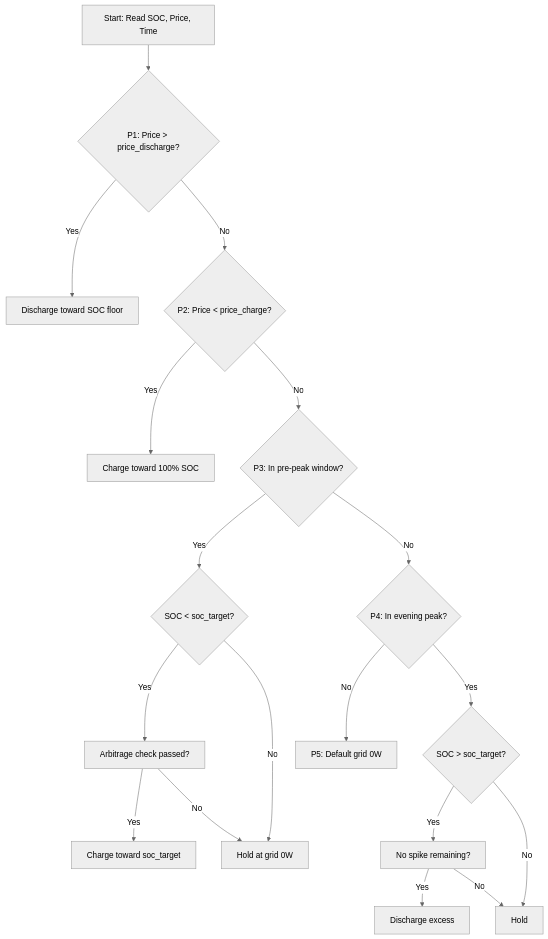
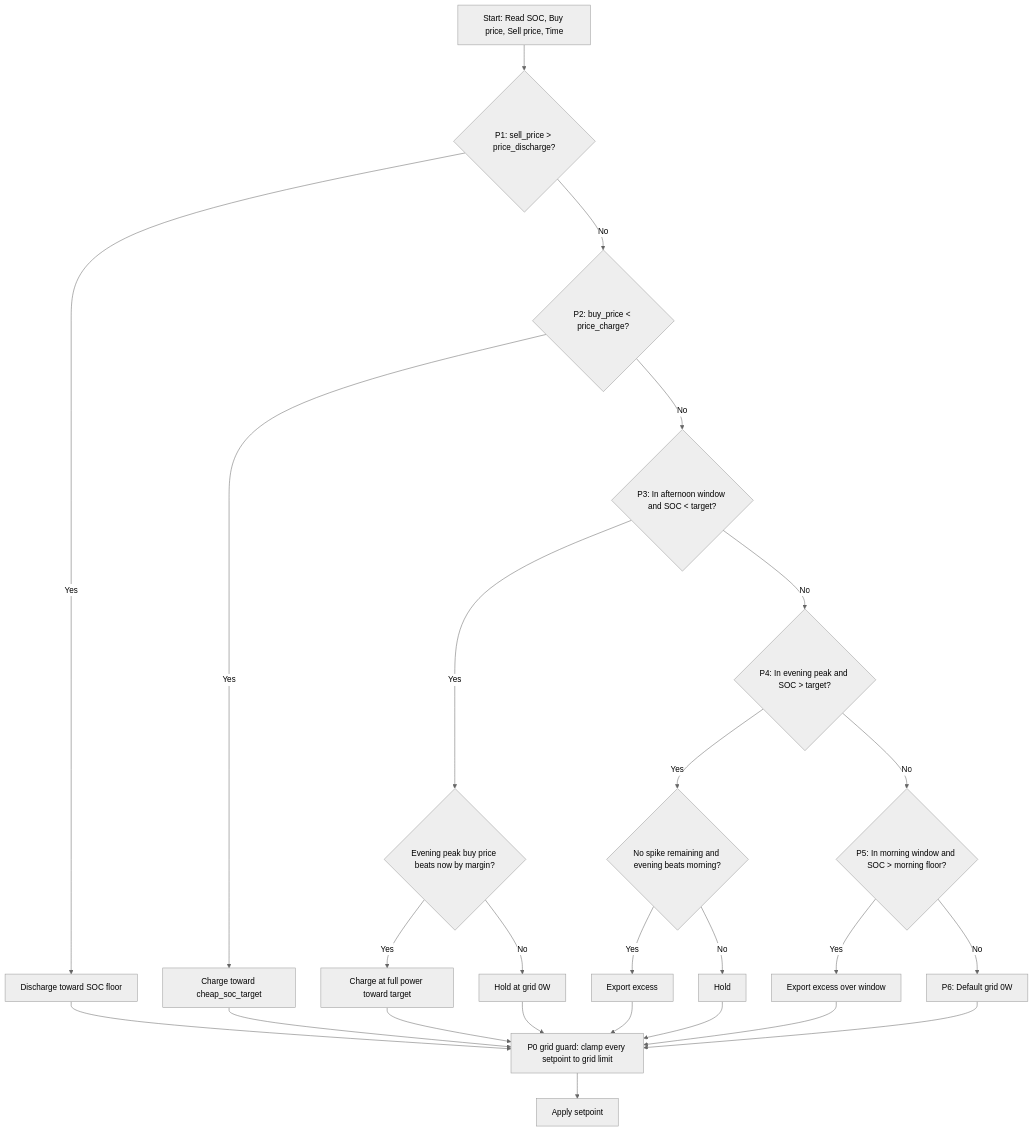
One commit to Atrium0804/SessyStrategy_HA changed the diagram in docs/explanation/strategy-priority-chain.md. Above: the diagram before and after it, drawn with Mermaid. The commit also changed other lines of this file and 128 other files, not shown here.

Commit message:
update morning sell-off remove mkdocs

````diff
--- a/docs/explanation/strategy-priority-chain.md
+++ b/docs/explanation/strategy-priority-chain.md
@@ -19,21 +22,28 @@
 ```mermaid
 %%{init: {'theme': 'neutral'}}%%
 flowchart TD
-    A[Start: Read SOC, Price, Time] --> B{P1: Price > price_discharge?}
+    A[Start: Read SOC, Buy price, Sell price, Time] --> B{P1: sell_price > price_discharge?}
     B -->|Yes| C[Discharge toward SOC floor]
-    B -->|No| D{P2: Price < price_charge?}
-    D -->|Yes| E[Charge toward 100% SOC]
-    D -->|No| F{P3: In pre-peak window?}
-    F -->|Yes| G{SOC < soc_target?}
-    G -->|Yes| H[Arbitrage check passed?]
-    H -->|Yes| I[Charge toward soc_target]
+    B -->|No| D{P2: buy_price < price_charge?}
+    D -->|Yes| E[Charge toward cheap_soc_target]
+    D -->|No| F{P3: In afternoon window and SOC < target?}
+    F -->|Yes| H{Evening peak buy price beats now by margin?}
+    H -->|Yes| I[Charge at full power toward target]
     H -->|No| J[Hold at grid 0W]
-    G -->|No| J
-    F -->|No| K{P4: In evening peak?}
-    K -->|Yes| L{SOC > soc_target?}
-    L -->|Yes| M[No spike remaining?]
-    M -->|Yes| N[Discharge excess]
-    M -->|No| O[Hold]
-    L -->|No| O
-    K -->|No| P[P5: Default grid 0W]
+    F -->|No| K{P4: In evening peak and SOC > target?}
+    K -->|Yes| L{No spike remaining and evening beats morning?}
+    L -->|Yes| N[Export excess]
+    L -->|No| O[Hold]
+    K -->|No| P{P5: In morning window and SOC > morning floor?}
+    P -->|Yes| Q[Export excess over window]
+    P -->|No| R[P6: Default grid 0W]
+    C --> S
+    E --> S
+    I --> S
+    J --> S
+    N --> S
+    O --> S
+    Q --> S
+    R --> S
+    S[P0 grid guard: clamp every setpoint to grid limit] --> T[Apply setpoint]
 ```
````
